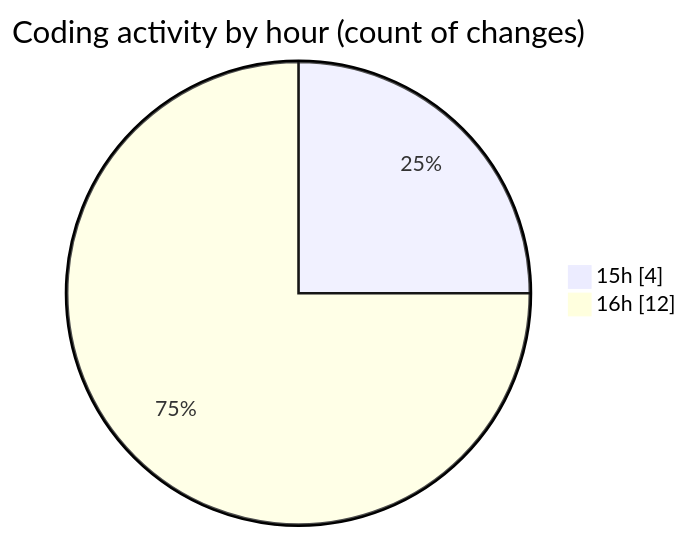
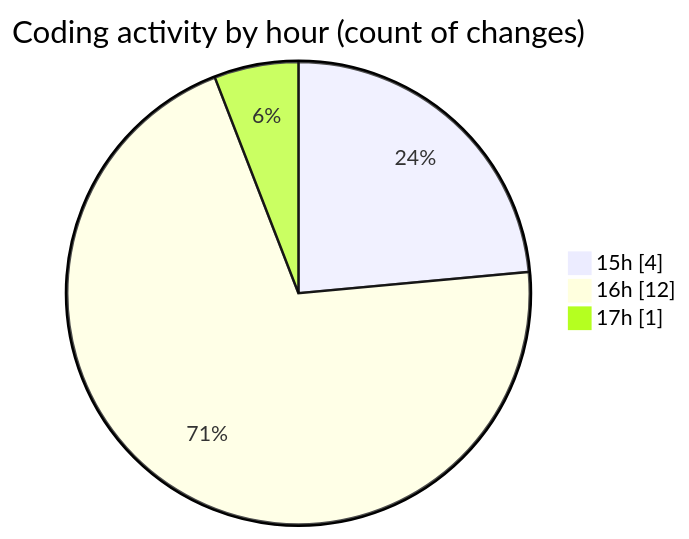
Before and after one commit to debugP/code-tracking: the second of 2 diagrams in 2025-10-06/untitled__workspace_/README.md, drawn with Mermaid. The commit also changed other lines of this file and 1 other file, not shown here.

````diff
--- a/2025-10-06/untitled__workspace_/README.md
+++ b/2025-10-06/untitled__workspace_/README.md
@@ -36,6 +37,7 @@
 ```mermaid
 pie showData
 title Coding activity by hour (count of changes)
 "15h" : 4
 "16h" : 12
+"17h" : 1
 ```
````
